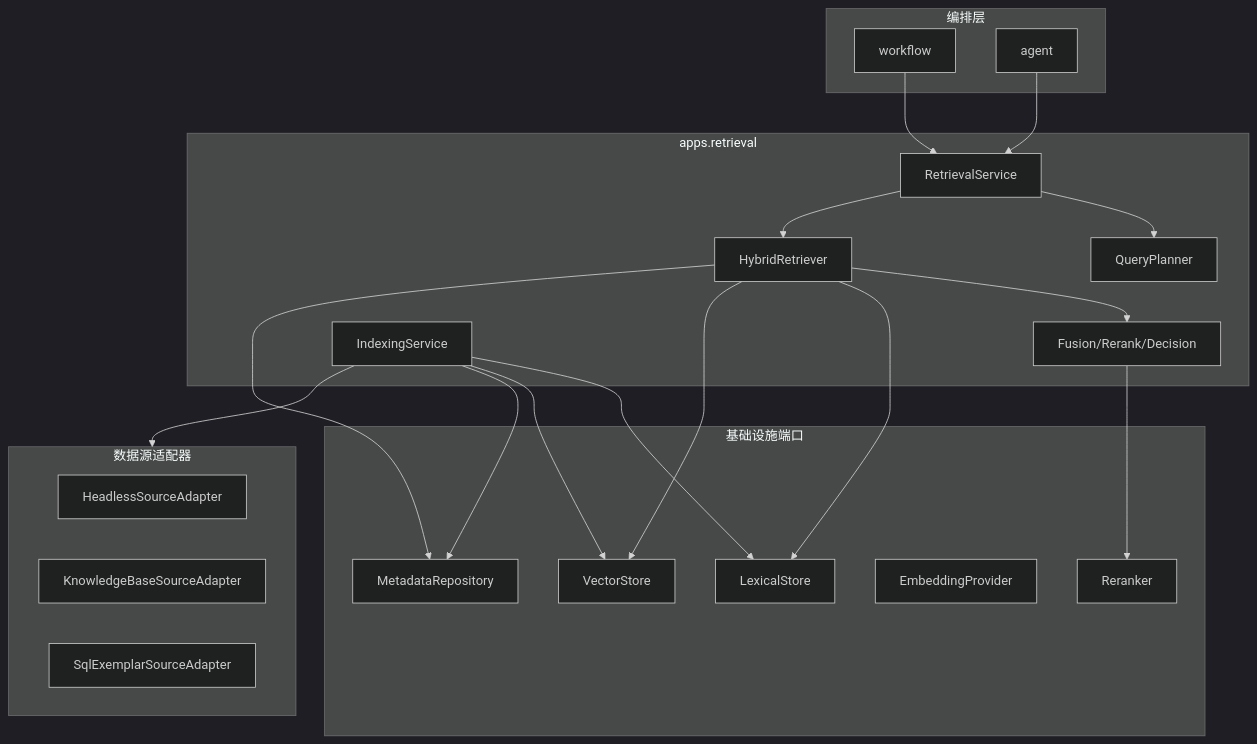
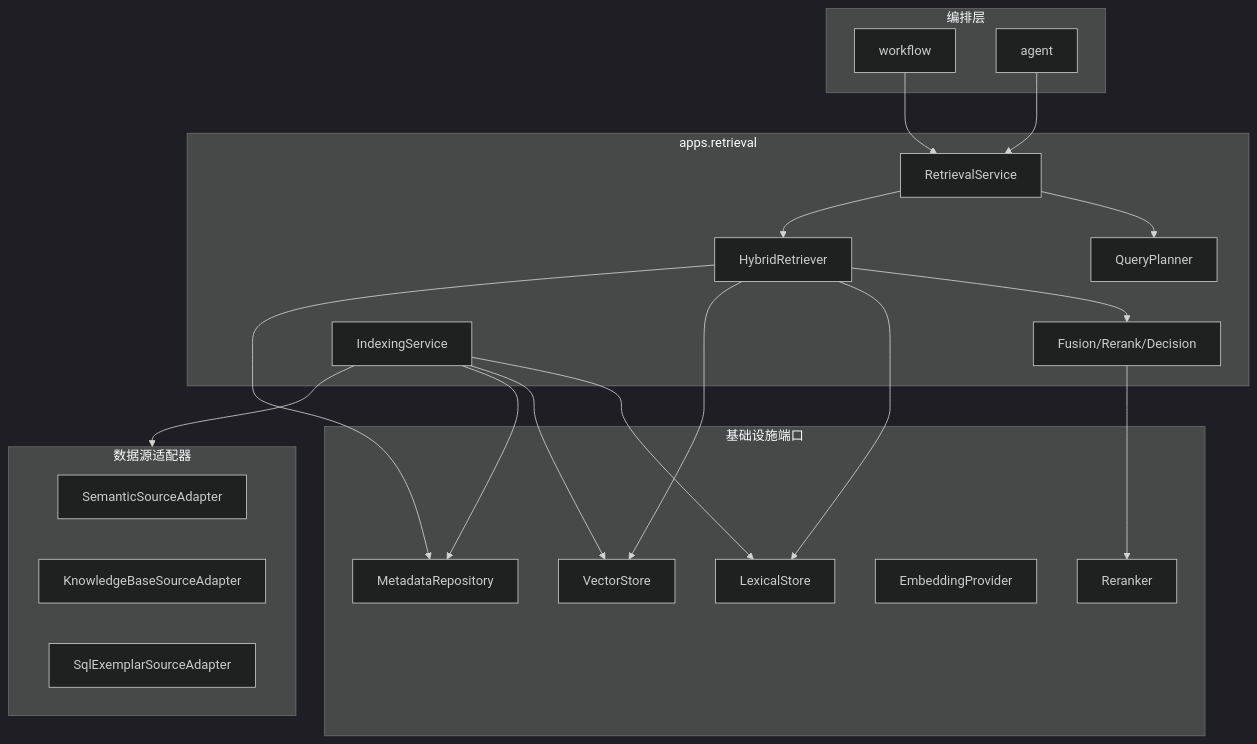
Before and after one commit to shihuaixuan/ChatBI-NEW: the third of 4 diagrams in backend/apps/capabilities/RETRIEVAL_PLATFORM_DESIGN.md, drawn with Mermaid (dark theme). The commit also changed other lines of this file and 181 other files, not shown here.

````diff
--- a/backend/apps/capabilities/RETRIEVAL_PLATFORM_DESIGN.md
+++ b/backend/apps/capabilities/RETRIEVAL_PLATFORM_DESIGN.md
@@ -298,39 +298,39 @@
 ```mermaid
 flowchart TB
     subgraph Orchestration["编排层"]
         Graph["workflow"]
         Agent["agent"]
     end
     subgraph Retrieval["apps.retrieval"]
         Service["RetrievalService"]
         Planner["QueryPlanner"]
         Recall["HybridRetriever"]
         Fusion["Fusion/Rerank/Decision"]
         Indexer["IndexingService"]
     end
     subgraph Sources["数据源适配器"]
-        Headless["HeadlessSourceAdapter"]
+        Semantic["SemanticSourceAdapter"]
         KB["KnowledgeBaseSourceAdapter"]
         Example["SqlExemplarSourceAdapter"]
     end
     subgraph Infra["基础设施端口"]
         Lexical["LexicalStore"]
         Vector["VectorStore"]
         Meta["MetadataRepository"]
         Embed["EmbeddingProvider"]
         Reranker["Reranker"]
     end
     Graph --> Service
     Agent --> Service
     Service --> Planner
     Service --> Recall
     Recall --> Fusion
     Indexer --> Sources
     Indexer --> Lexical
     Indexer --> Vector
     Indexer --> Meta
     Recall --> Lexical
     Recall --> Vector
     Recall --> Meta
     Fusion --> Reranker
 ```
````
